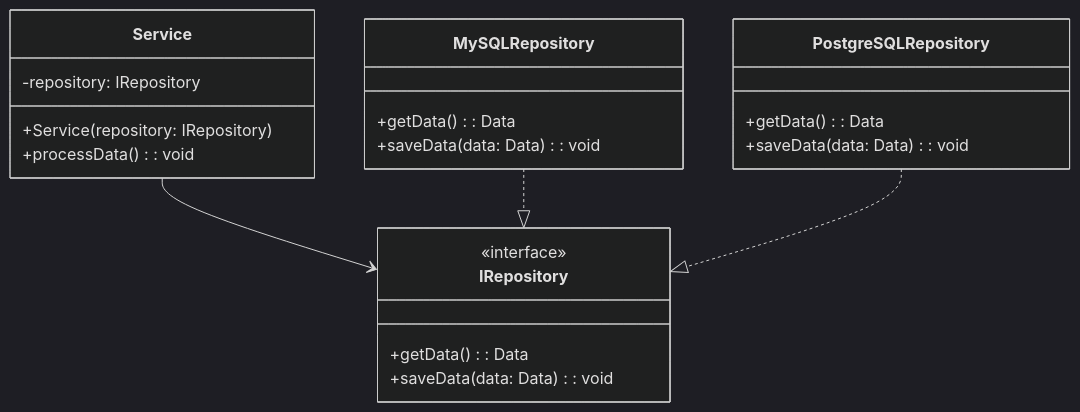
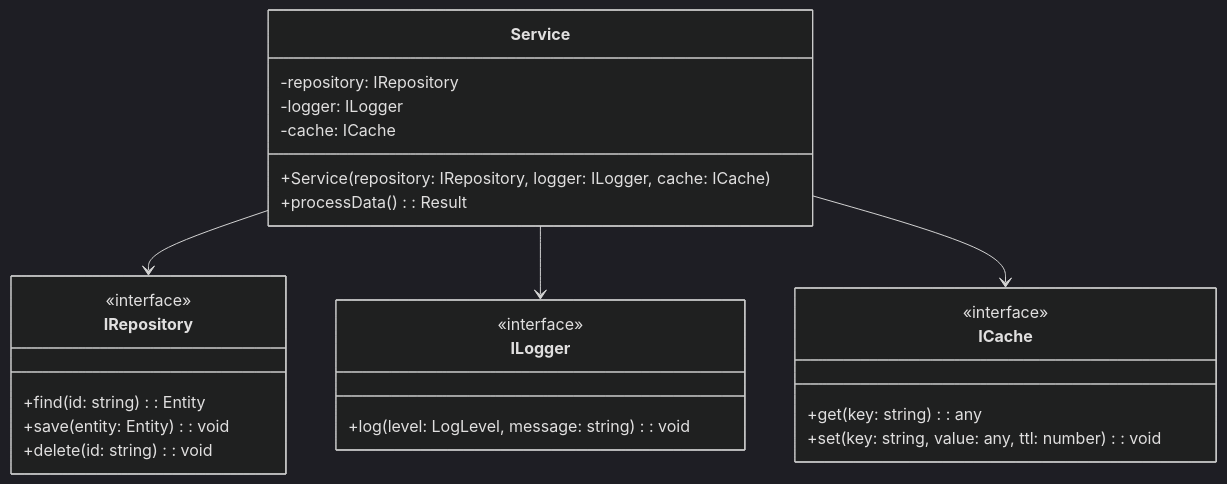
The second of 7 diagrams in articles/programming/dependency_injection.md (gtnao/viblog), drawn with Mermaid (dark theme) before and after one commit. The commit also changed other lines of this file and 3 other files, not shown here.

````diff
--- a/articles/programming/dependency_injection.md
+++ b/articles/programming/dependency_injection.md
@@ -34,28 +50,32 @@
 ```mermaid
 classDiagram
     class Service {
         -repository: IRepository
-        +Service(repository: IRepository)
-        +processData(): void
+        -logger: ILogger
+        -cache: ICache
+        +Service(repository: IRepository, logger: ILogger, cache: ICache)
+        +processData(): Result
     }
     
     class IRepository {
         <<interface>>
-        +getData(): Data
-        +saveData(data: Data): void
+        +find(id: string): Entity
+        +save(entity: Entity): void
+        +delete(id: string): void
     }
     
-    class MySQLRepository {
-        +getData(): Data
-        +saveData(data: Data): void
+    class ILogger {
+        <<interface>>
+        +log(level: LogLevel, message: string): void
     }
     
-    class PostgreSQLRepository {
-        +getData(): Data
-        +saveData(data: Data): void
+    class ICache {
+        <<interface>>
+        +get(key: string): any
+        +set(key: string, value: any, ttl: number): void
     }
     
     Service --> IRepository
-    MySQLRepository ..|> IRepository
-    PostgreSQLRepository ..|> IRepository
+    Service --> ILogger
+    Service --> ICache
 ```
````
